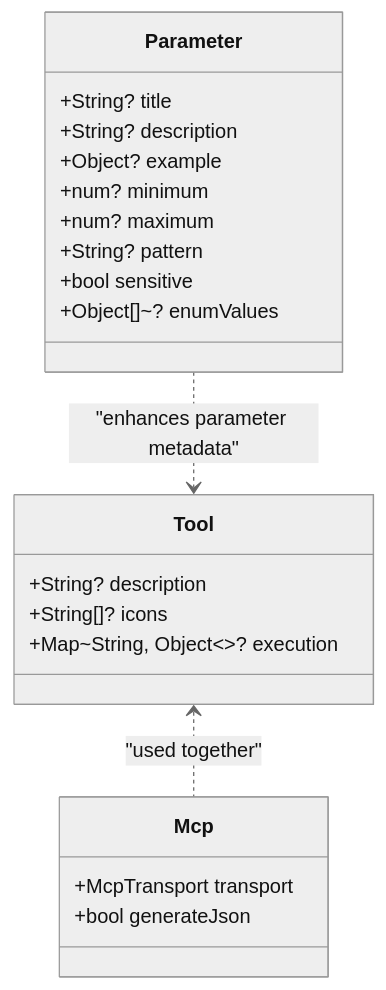
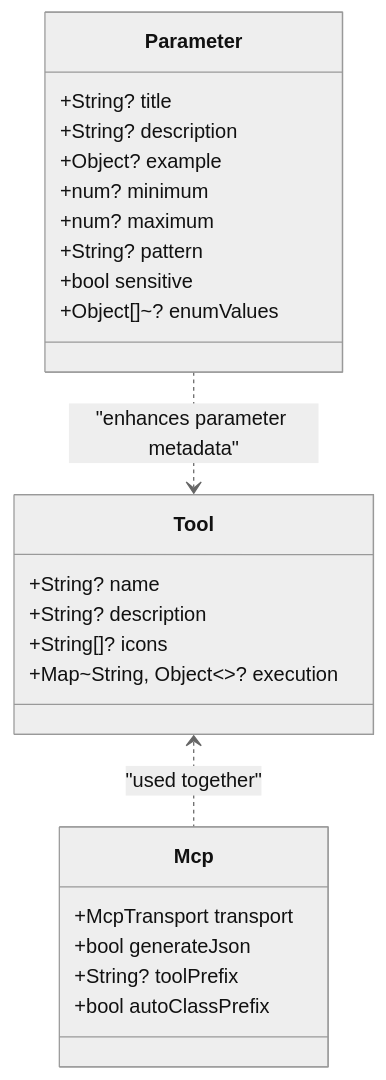
The third of 8 diagrams in .qoder/repowiki/en/content/Annotations Reference/@Tool Annotation.md (cdavis-code/easy_mcp_workspace), drawn with Mermaid (neutral theme) before and after one commit. The commit also changed other lines of this file and 8 other files, not shown here.

First line of the commit message:
fix: correct method name resolution when autoClassPrefix is enabled

````diff
--- a/.qoder/repowiki/en/content/Annotations Reference/@Tool Annotation.md
+++ b/.qoder/repowiki/en/content/Annotations Reference/@Tool Annotation.md
@@ -138,24 +145,27 @@
 ```mermaid
 classDiagram
 class Tool {
++String? name
 +String? description
 +String[]? icons
 +Map~String, Object~~? execution
 }
 class Parameter {
 +String? title
 +String? description
 +Object? example
 +num? minimum
 +num? maximum
 +String? pattern
 +bool sensitive
 +Object[]~? enumValues
 }
 class Mcp {
 +McpTransport transport
 +bool generateJson
++String? toolPrefix
++bool autoClassPrefix
 }
 Tool <.. Mcp : "used together"
 Parameter ..> Tool : "enhances parameter metadata"
 ```
````
